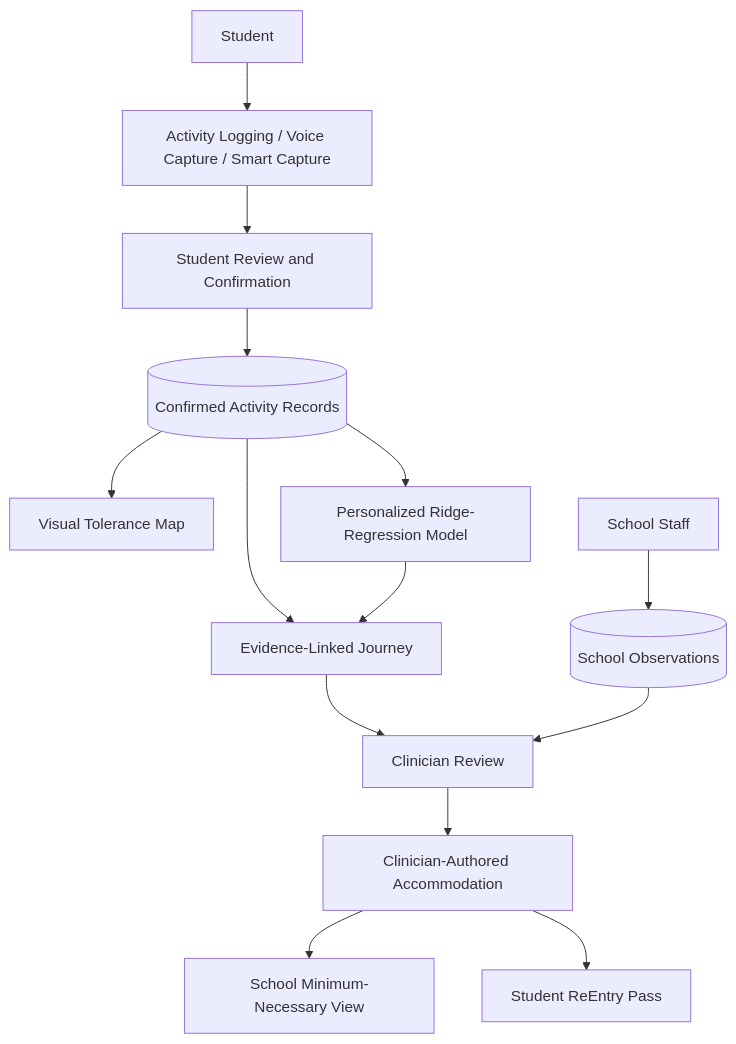
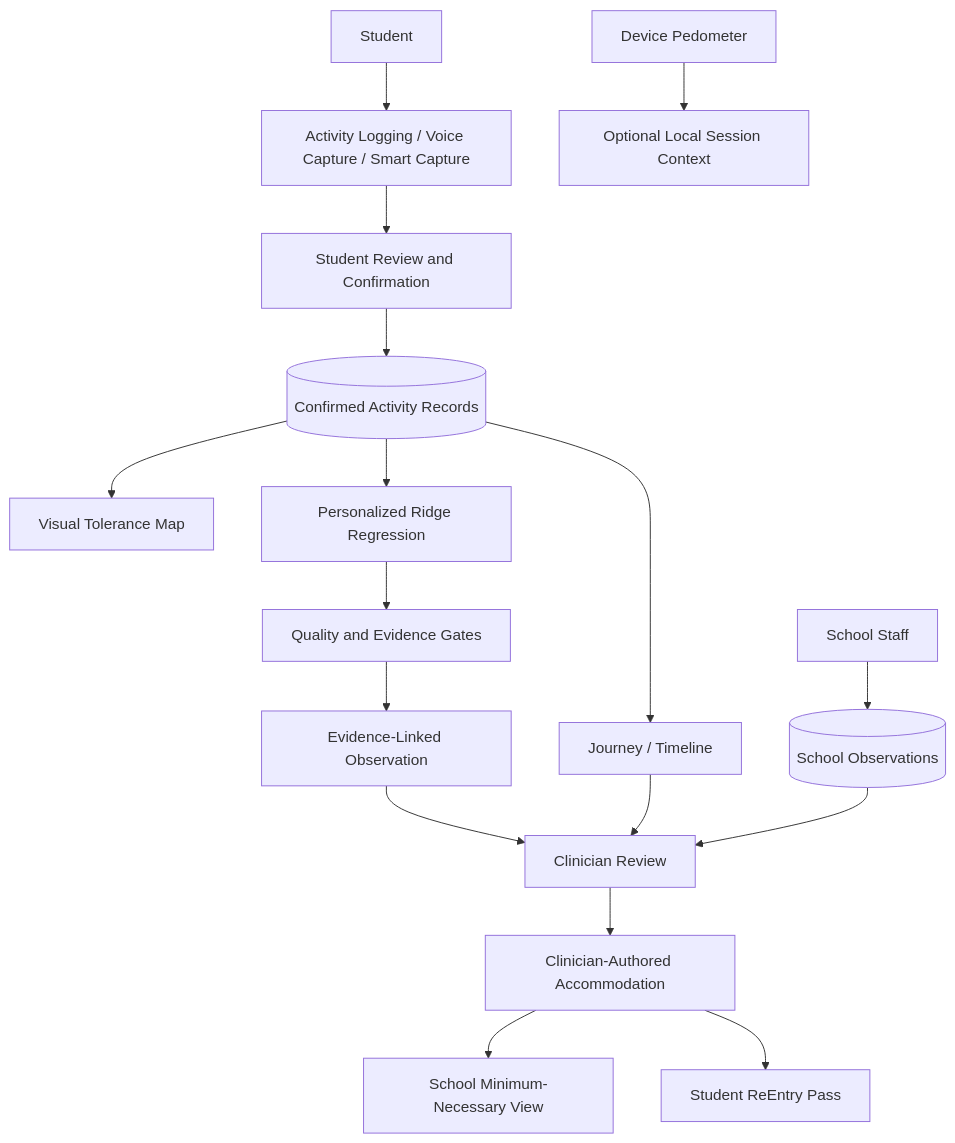
The diagram in README.md (Aishwaryajakka/ReEntry), drawn with Mermaid before and after one commit. The commit also changed other lines of this file and 37 other files, not shown here.

````diff
--- a/README.md
+++ b/README.md
@@ -136,18 +223,22 @@
 ```mermaid
 flowchart TD
     Student[Student] --> Capture[Activity Logging / Voice Capture / Smart Capture]
     Capture --> Confirm[Student Review and Confirmation]
     Confirm --> Records[(Confirmed Activity Records)]
     Records --> Tolerance[Visual Tolerance Map]
-    Records --> ML[Personalized Ridge-Regression Model]
-    Records --> Journey[Evidence-Linked Journey]
-    ML --> Journey
-    Journey --> Review[Clinician Review]
+    Records --> Journey[Journey / Timeline]
+    Records --> ML[Personalized Ridge Regression]
+    ML --> Gates[Quality and Evidence Gates]
+    Gates --> Observation[Evidence-Linked Observation]
+    Observation --> Review[Clinician Review]
+    Journey --> Review
 
-    School[School Staff] --> Observations[(School Observations)]
-    Observations --> Review
+    School[School Staff] --> SchoolEvidence[(School Observations)]
+    SchoolEvidence --> Review
 
     Review --> Accommodation[Clinician-Authored Accommodation]
     Accommodation --> SchoolView[School Minimum-Necessary View]
     Accommodation --> Pass[Student ReEntry Pass]
+
+    Pedometer[Device Pedometer] --> LocalContext[Optional Local Session Context]
 ```
````
